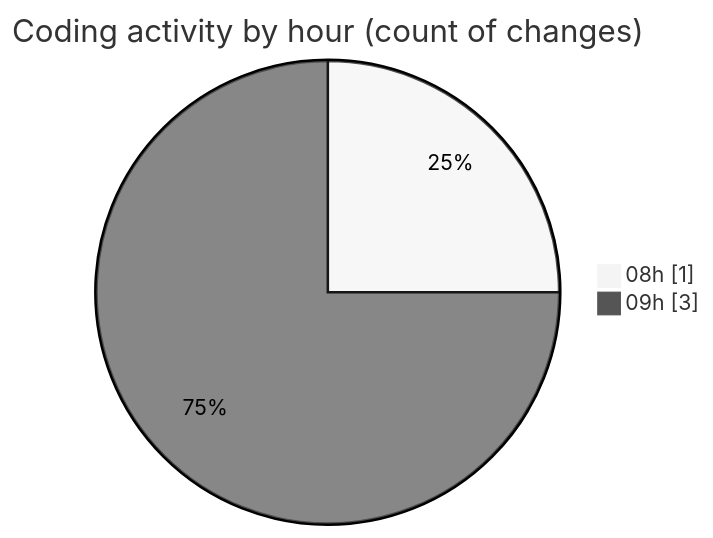
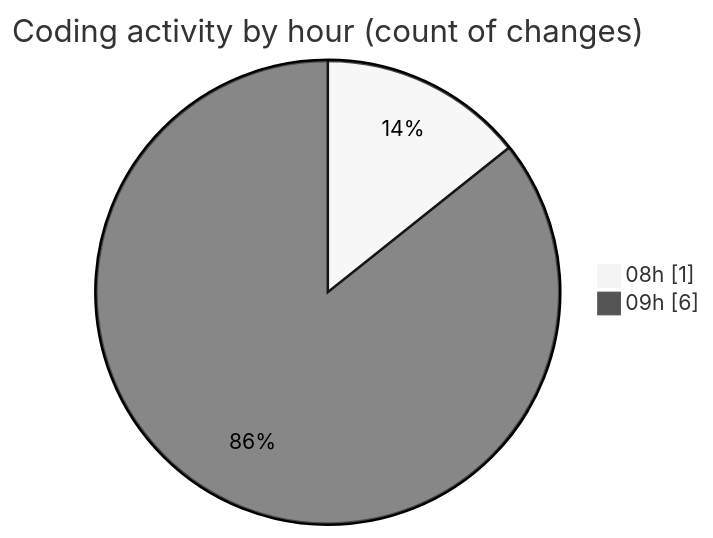
The second of 2 diagrams in 2026-04-14/cda/README.md (momahboobian/code-tracking), drawn with Mermaid (neutral theme) before and after one commit. The commit also changed other lines of this file and 1 other file, not shown here.

````diff
--- a/2026-04-14/cda/README.md
+++ b/2026-04-14/cda/README.md
@@ -31,6 +32,6 @@
 ```mermaid
 pie showData
 title Coding activity by hour (count of changes)
 "08h" : 1
-"09h" : 3
+"09h" : 6
 ```
````
